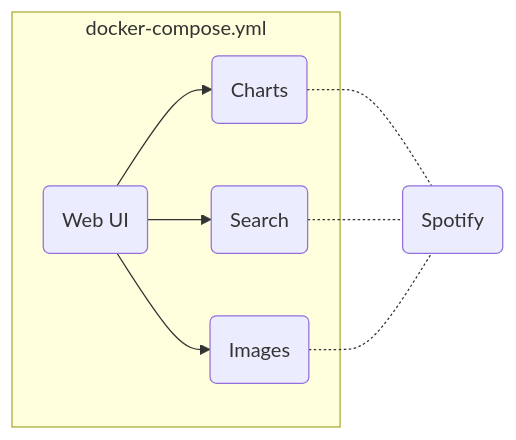
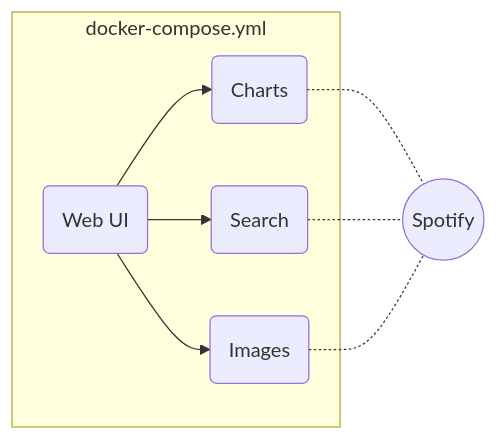
The diagram in README.md (stefan-kolb/docker-dojo), drawn with Mermaid before and after one commit. The commit also changed 1 other file, not shown here.

Commit message:
Deleted initial picture

````diff
--- a/README.md
+++ b/README.md
@@ -10,12 +10,12 @@
 ```mermaid
 flowchart LR
 subgraph docker-compose.yml
 W(Web UI)
 C(Charts)
 S(Search)
 I(Images)
 end
-Sp(Spotify)
-W --> C & S & I 
+Sp((Spotify))
+W --> C & S & I
 C & S & I -.- Sp
 ```
````
